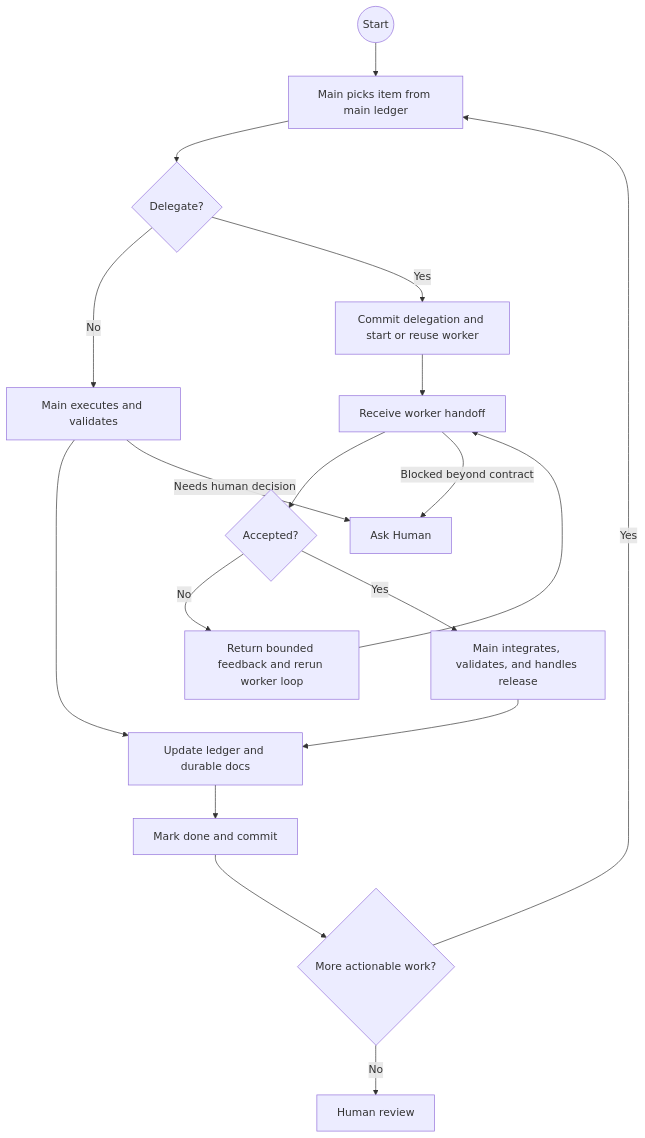
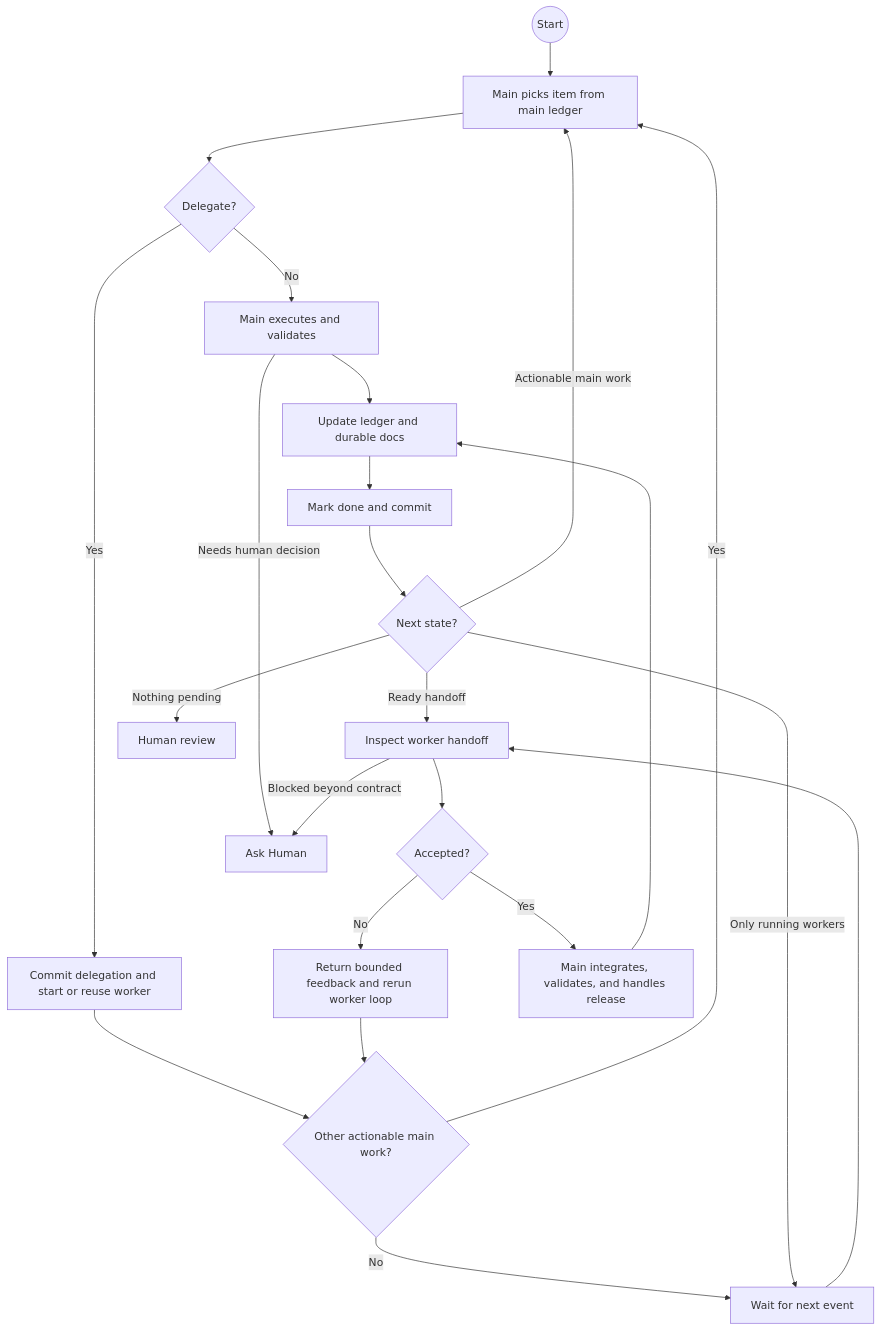
Before and after one commit to marcingurbisz/idea-execution-framework: the first of 2 diagrams in AGENTS.md, drawn with Mermaid. The commit also changed other lines of this file and 1 other file, not shown here.

Commit message:
docs: keep main productive during delegation

````diff
--- a/AGENTS.md
+++ b/AGENTS.md
@@ -103,20 +103,25 @@
 ```mermaid
 flowchart TD
     A@{ shape: circle, label: "Start" } --> B[Main picks item from main ledger]
     B --> C{Delegate?}
     C -->|No| D[Main executes and validates]
     C -->|Yes| E[Commit delegation and start or reuse worker]
-    E --> F[Receive worker handoff]
+    E --> O{Other actionable main work?}
+    O -->|Yes| B
+    O -->|No| W[Wait for next event]
+    W --> F[Inspect worker handoff]
     F --> G{Accepted?}
     G -->|No| H[Return bounded feedback and rerun worker loop]
-    H --> F
+    H --> O
     G -->|Yes| I[Main integrates, validates, and handles release]
     D --> J[Update ledger and durable docs]
     I --> J
     D -->|Needs human decision| K[Ask Human]
     F -->|Blocked beyond contract| K
     J --> L[Mark done and commit]
-    L --> M{More actionable work?}
-    M -->|Yes| B
-    M -->|No| N[Human review]
+    L --> M{Next state?}
+    M -->|Actionable main work| B
+    M -->|Ready handoff| F
+    M -->|Only running workers| W
+    M -->|Nothing pending| N[Human review]
 ```
````
